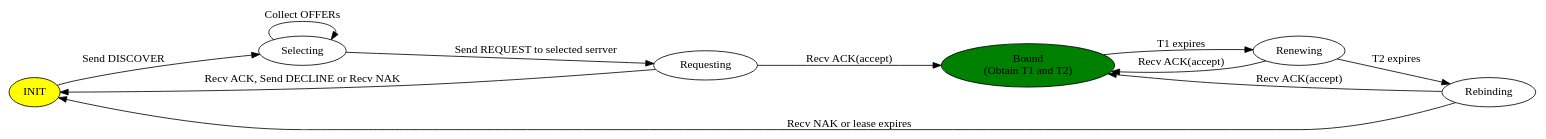
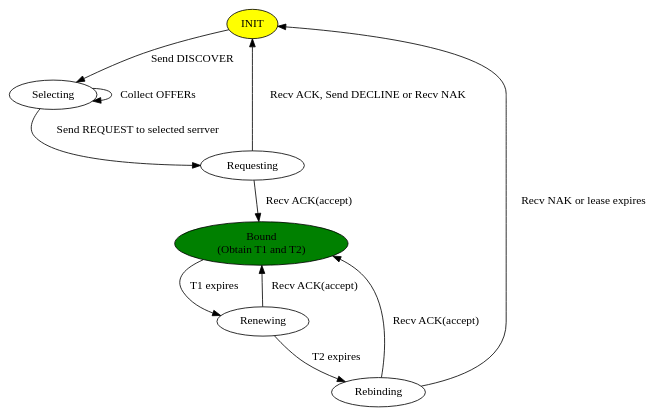
Before and after one commit to rhc/study-notes: the second of 2 diagrams in book/inputs/dhcp.adoc, drawn with Graphviz. The commit also changed other lines of this file and 146 other files, not shown here.

```diff
--- a/book/inputs/dhcp.adoc
+++ b/book/inputs/dhcp.adoc
@@ -124,20 +122,19 @@
 [graphviz]
 ----
 digraph dhcp_fsm {
-  rankdir=LR
+
   Init [label="INIT" fillcolor="yellow",style=filled]
   Bound [label="Bound\n(Obtain T1 and T2)", fillcolor="green", style=filled]
-
   Init -> Selecting [label="Send DISCOVER"]
   Selecting -> Selecting [label="Collect OFFERs"]
   Selecting -> Requesting [label="Send REQUEST to selected serrver"]
   Requesting -> Init [label="Recv ACK, Send DECLINE or Recv NAK"]
   Requesting -> Bound [label="Recv ACK(accept)"]
   Bound -> Renewing [label="T1 expires"]
   Renewing -> Bound [label="Recv ACK(accept)"]
   Renewing -> Rebinding [label="T2 expires"]
   Rebinding -> Bound [label="Recv ACK(accept)"]
   Rebinding -> Init [label="Recv NAK or lease expires"]
 
 }
 ----
```
